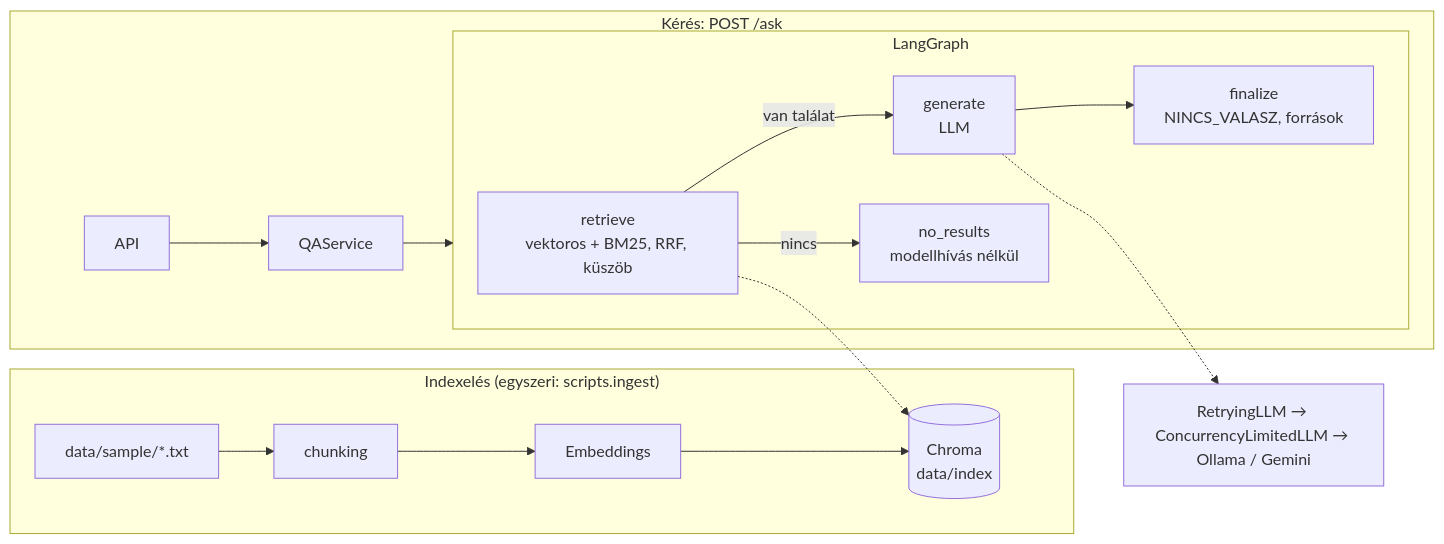
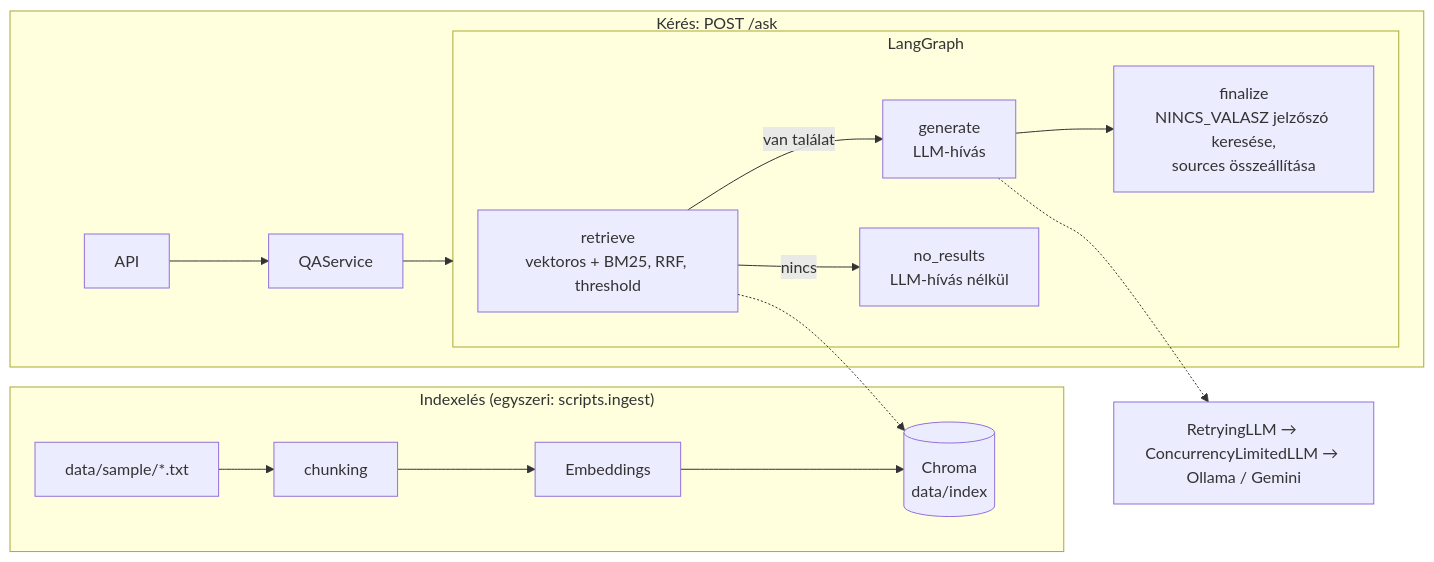
One commit to jamborzsanett/rag-jzs changed the diagram in README.md. Above: the diagram before and after it, drawn with Mermaid. The commit also changed other lines of this file, not shown here.

````diff
--- a/README.md
+++ b/README.md
@@ -64,16 +66,16 @@
 ```mermaid
 flowchart LR
     subgraph Indexelés ["Indexelés (egyszeri: scripts.ingest)"]
         T[data/sample/*.txt] --> C[chunking] --> E1[Embeddings] --> V[(Chroma<br/>data/index)]
     end
     subgraph Kérés ["Kérés: POST /ask"]
         A[API] --> S[QAService] --> G
         subgraph G [LangGraph]
-            R[retrieve<br/>vektoros + BM25, RRF, küszöb] -->|van találat| GEN[generate<br/>LLM]
-            R -->|nincs| NR[no_results<br/>modellhívás nélkül]
-            GEN --> F[finalize<br/>NINCS_VALASZ, források]
+            R[retrieve<br/>vektoros + BM25, RRF, threshold] -->|van találat| GEN[generate<br/>LLM-hívás]
+            R -->|nincs| NR[no_results<br/>LLM-hívás nélkül]
+            GEN --> F[finalize<br/>NINCS_VALASZ jelzőszó keresése,<br/>sources összeállítása]
         end
     end
     R -.-> V
     GEN -.-> L[RetryingLLM → ConcurrencyLimitedLLM → Ollama / Gemini]
 ```
````
